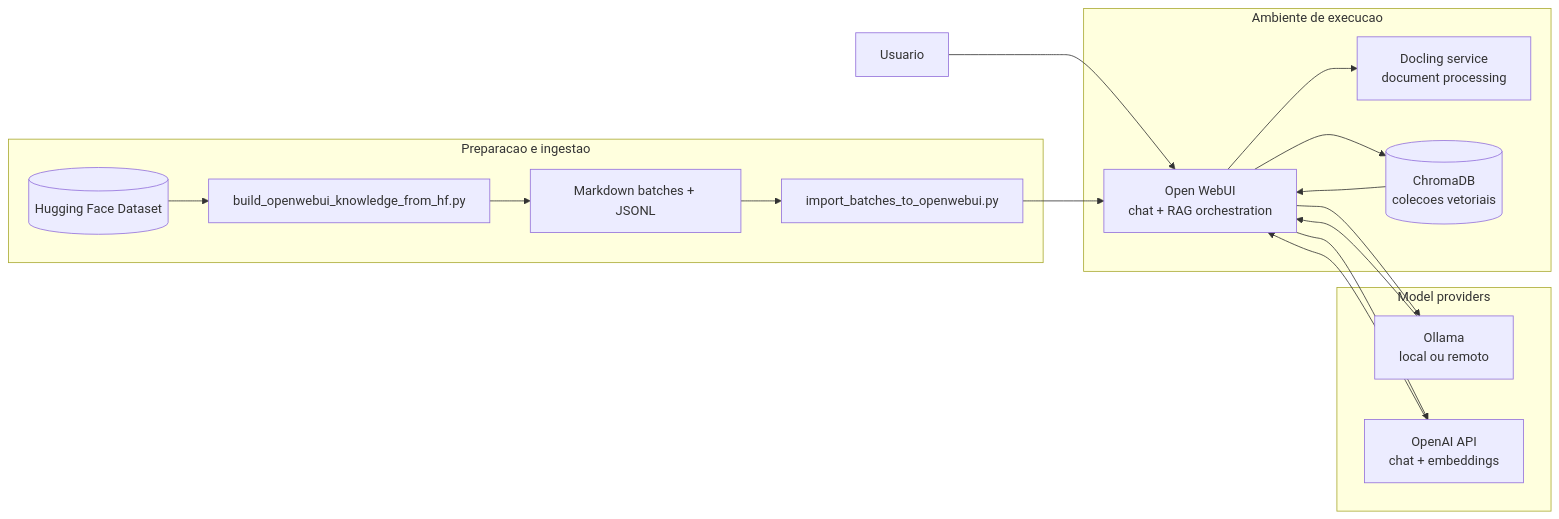
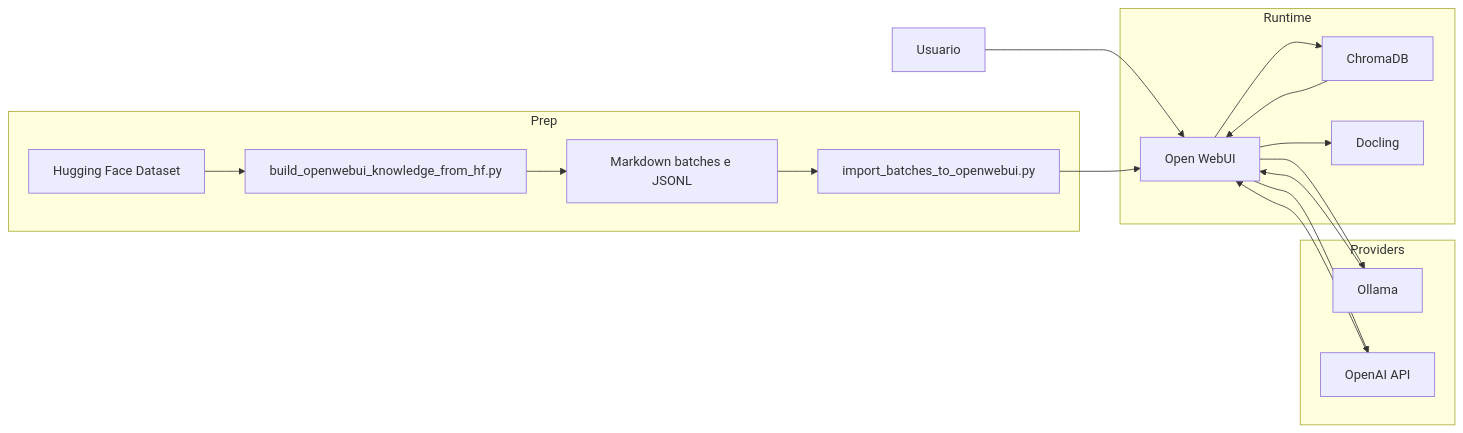
One commit to fabriciosantana/mcdia changed the first of 2 diagrams in 05-iag/4-project/README.md. Above: the diagram before and after it, drawn with Mermaid. The commit also changed other lines of this file, not shown here.

Commit message:
gráficos

````diff
--- a/05-iag/4-project/README.md
+++ b/05-iag/4-project/README.md
@@ -61,36 +61,36 @@
 ```mermaid
 flowchart LR
-    U[Usuario] --> UI[Open WebUI<br/>chat + RAG orchestration]
+    U[Usuario] --> W[Open WebUI]
 
-    subgraph Runtime["Ambiente de execucao"]
-        UI
-        DOC[Docling service<br/>document processing]
-        VDB[(ChromaDB<br/>colecoes vetoriais)]
+    subgraph Runtime
+        W
+        C[ChromaDB]
+        D[Docling]
     end
 
-    subgraph Models["Model providers"]
-        OLL[Ollama<br/>local ou remoto]
-        OAI[OpenAI API<br/>chat + embeddings]
+    subgraph Providers
+        O[Ollama]
+        A[OpenAI API]
     end
 
-    subgraph DataPrep["Preparacao e ingestao"]
-        HF[(Hugging Face Dataset)]
-        BUILD[build_openwebui_knowledge_from_hf.py]
-        BATCH[Markdown batches + JSONL]
-        IMPORT[import_batches_to_openwebui.py]
+    subgraph Prep
+        H[Hugging Face Dataset]
+        B[build_openwebui_knowledge_from_hf.py]
+        M[Markdown batches e JSONL]
+        I[import_batches_to_openwebui.py]
     end
 
-    HF --> BUILD
-    BUILD --> BATCH
-    BATCH --> IMPORT
-    IMPORT --> UI
+    H --> B
+    B --> M
+    M --> I
+    I --> W
 
-    UI --> DOC
-    UI --> VDB
-    UI --> OLL
-    UI --> OAI
+    W --> C
+    W --> D
+    W --> O
+    W --> A
 
-    VDB --> UI
-    OLL --> UI
-    OAI --> UI
+    C --> W
+    O --> W
+    A --> W
 ```
````
